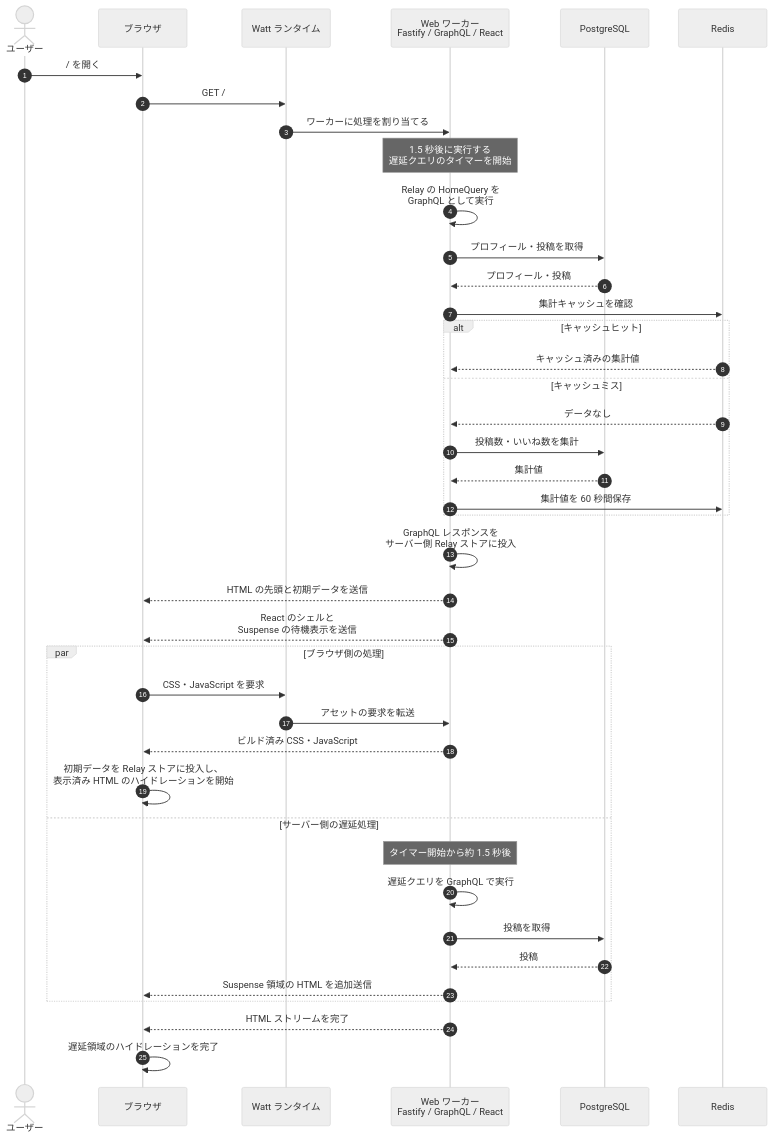
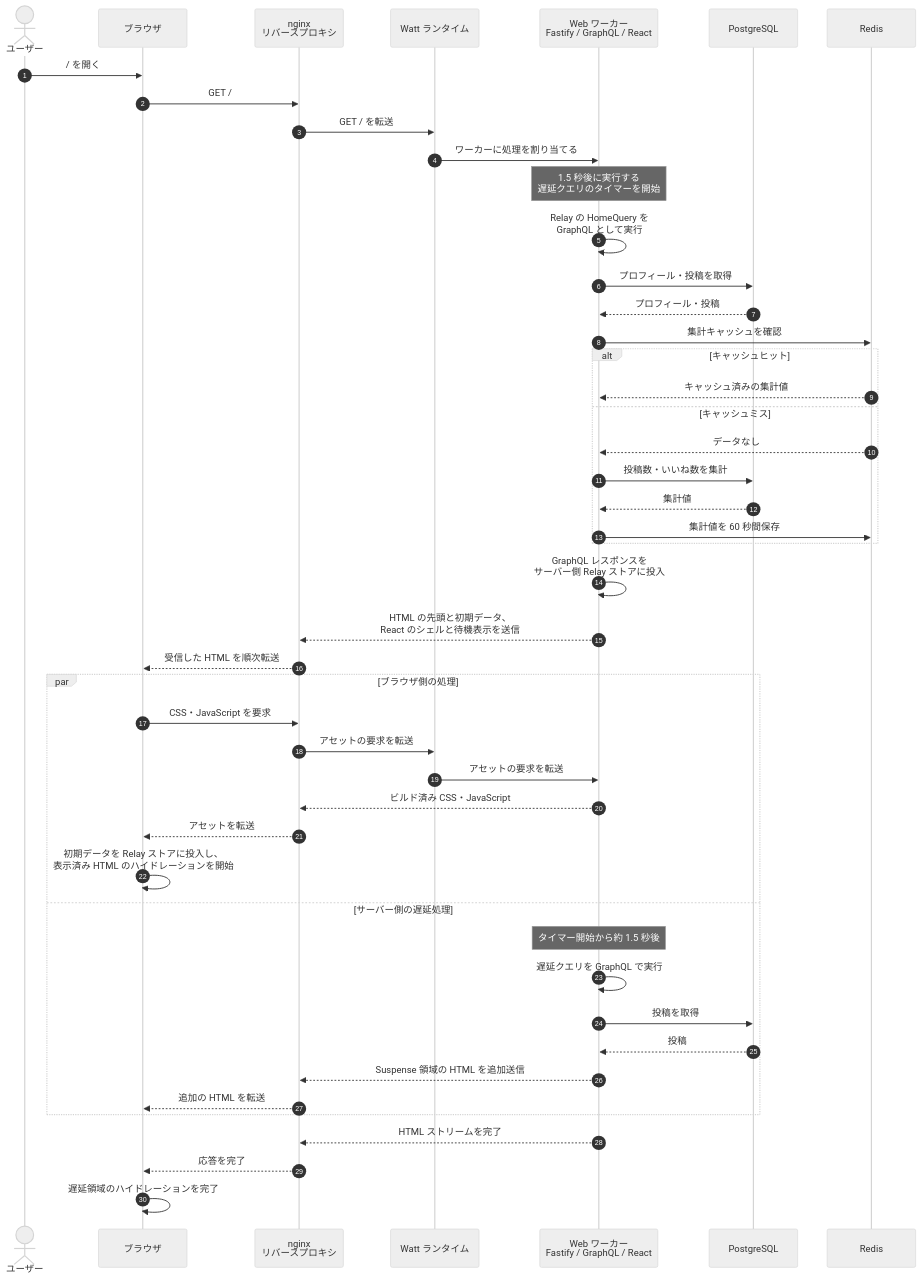
One commit to Himenon/x-com-2026-sample changed the diagram in README.md. Above: the diagram before and after it, drawn with Mermaid (neutral theme). The commit also changed other lines of this file and 3 other files, not shown here.

Commit message:
feat: add nginx reverse proxy

````diff
--- a/README.md
+++ b/README.md
@@ -61,44 +61,50 @@
 ```mermaid
 sequenceDiagram
     autonumber
     actor User as ユーザー
     participant Browser as ブラウザ
+    participant Proxy as nginx<br/>リバースプロキシ
     participant Watt as Watt ランタイム
     participant Web as Web ワーカー<br/>Fastify / GraphQL / React
     participant DB as PostgreSQL
     participant Redis as Redis
 
     User->>Browser: / を開く
-    Browser->>Watt: GET /
+    Browser->>Proxy: GET /
+    Proxy->>Watt: GET / を転送
     Watt->>Web: ワーカーに処理を割り当てる
     Note over Web: 1.5 秒後に実行する<br/>遅延クエリのタイマーを開始
     Web->>Web: Relay の HomeQuery を<br/>GraphQL として実行
     Web->>DB: プロフィール・投稿を取得
     DB-->>Web: プロフィール・投稿
     Web->>Redis: 集計キャッシュを確認
     alt キャッシュヒット
         Redis-->>Web: キャッシュ済みの集計値
     else キャッシュミス
         Redis-->>Web: データなし
         Web->>DB: 投稿数・いいね数を集計
         DB-->>Web: 集計値
         Web->>Redis: 集計値を 60 秒間保存
     end
     Web->>Web: GraphQL レスポンスを<br/>サーバー側 Relay ストアに投入
-    Web-->>Browser: HTML の先頭と初期データを送信
-    Web-->>Browser: React のシェルと<br/>Suspense の待機表示を送信
+    Web-->>Proxy: HTML の先頭と初期データ、<br/>React のシェルと待機表示を送信
+    Proxy-->>Browser: 受信した HTML を順次転送
     par ブラウザ側の処理
-        Browser->>Watt: CSS・JavaScript を要求
+        Browser->>Proxy: CSS・JavaScript を要求
+        Proxy->>Watt: アセットの要求を転送
         Watt->>Web: アセットの要求を転送
-        Web-->>Browser: ビルド済み CSS・JavaScript
+        Web-->>Proxy: ビルド済み CSS・JavaScript
+        Proxy-->>Browser: アセットを転送
         Browser->>Browser: 初期データを Relay ストアに投入し、<br/>表示済み HTML のハイドレーションを開始
     and サーバー側の遅延処理
         Note over Web: タイマー開始から約 1.5 秒後
         Web->>Web: 遅延クエリを GraphQL で実行
         Web->>DB: 投稿を取得
         DB-->>Web: 投稿
-        Web-->>Browser: Suspense 領域の HTML を追加送信
+        Web-->>Proxy: Suspense 領域の HTML を追加送信
+        Proxy-->>Browser: 追加の HTML を転送
     end
-    Web-->>Browser: HTML ストリームを完了
+    Web-->>Proxy: HTML ストリームを完了
+    Proxy-->>Browser: 応答を完了
     Browser->>Browser: 遅延領域のハイドレーションを完了
 ```
````
